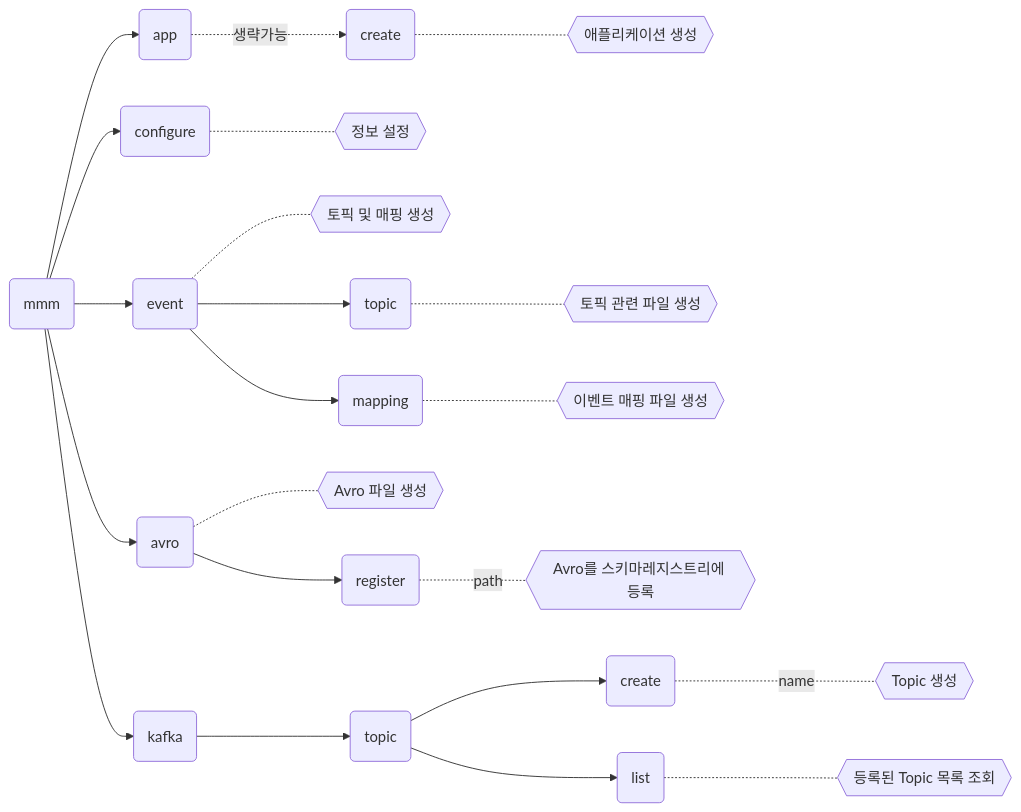
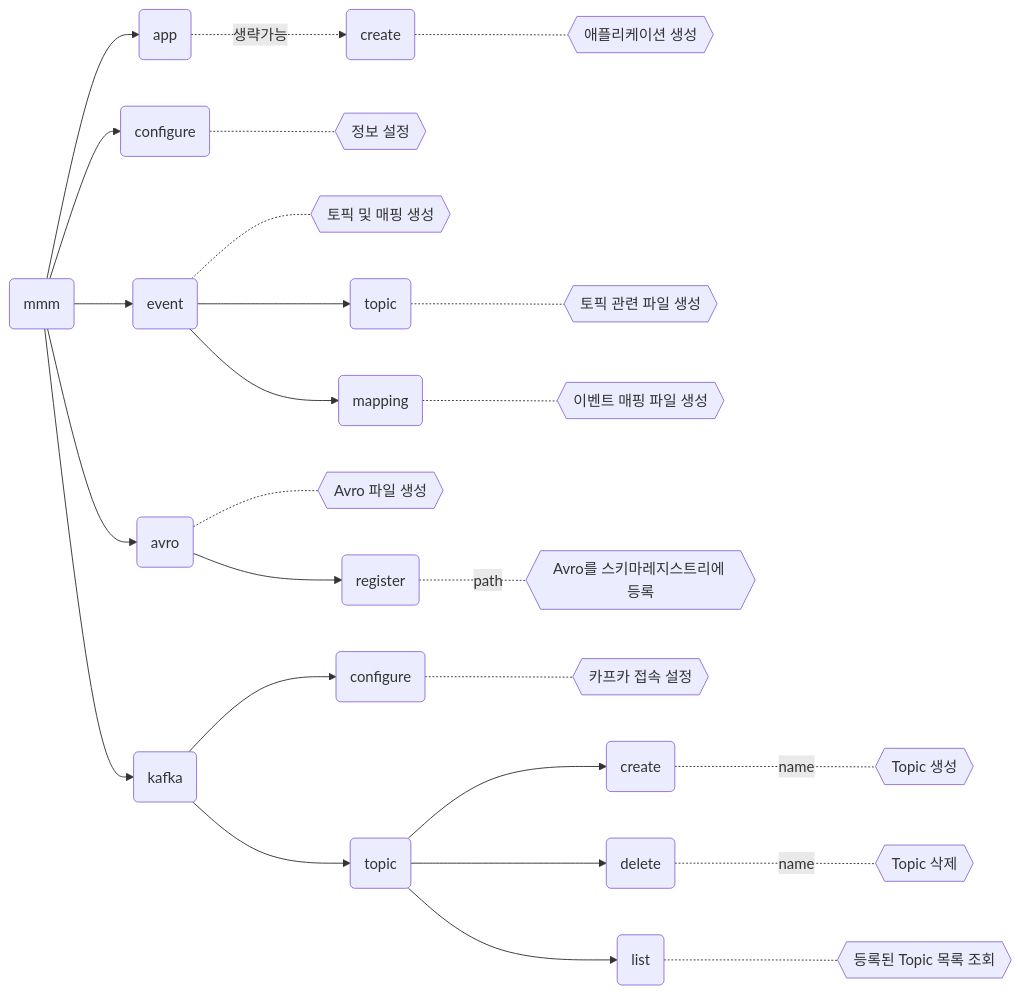
The diagram in README.md (monolith-taehyun/mommos-cli), drawn with Mermaid before and after one commit. The commit also changed other lines of this file, not shown here.

````diff
--- a/README.md
+++ b/README.md
@@ -43,24 +61,26 @@
 ```mermaid
 graph LR
 
 Main(mmm) --> APP(app)
 Main --> CONF(configure)
 Main --> EVENT(event)
 Main --> AVRO(avro)
 Main --> KAFKA(kafka)
 
 APP -.-> |생략가능| APP_CREATE(create) -.- ACR{{애플리케이션 생성}}
 
 CONF -.- CONF_DESC{{정보 설정}}
 
 EVENT -.- ER{{토픽 및 매핑 생성}}
 EVENT --> EVENT_TOPIC(topic) -.- ETR{{토픽 관련 파일 생성}}
 EVENT --> EVENT_MAPPING(mapping) -.- EMR{{이벤트 매핑 파일 생성}}
 
 AVRO -.- AVCR{{Avro 파일 생성}}
 AVRO --> AVRO_REGISTER(register) -.- |path| AVREGR{{Avro를 스키마레지스트리에 등록}}
 
+KAFKA --> KAFKA_CONF(configure) -.- KTCONFR{{카프카 접속 설정}}
 KAFKA --> KAFKA_TOPIC(topic)
 KAFKA_TOPIC --> KAFKA_TOPIC_CREATE(create) -.- |name|KTCR{{Topic 생성}}
+KAFKA_TOPIC --> KAFKA_TOPIC_DELETE(delete) -.- |name|KTDR{{Topic 삭제}}
 KAFKA_TOPIC --> KAFKA_TOPIC_LIST(list) -.- KTLR{{등록된 Topic 목록 조회}}
 ```
````
